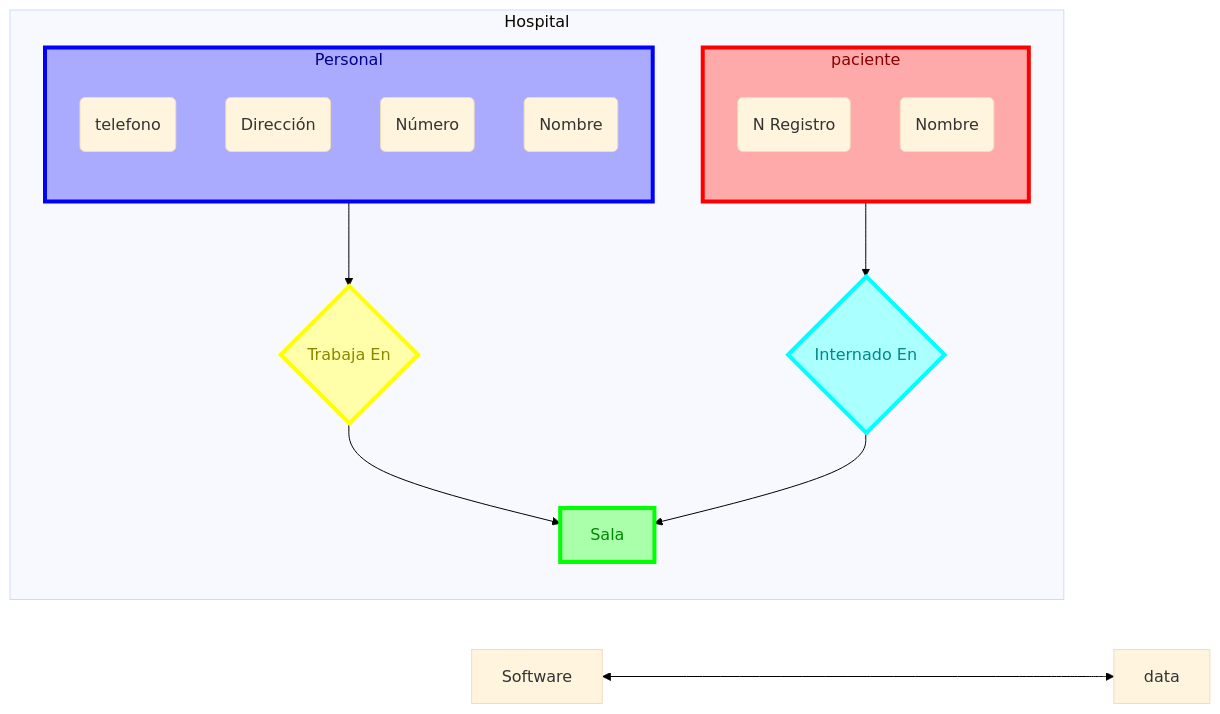
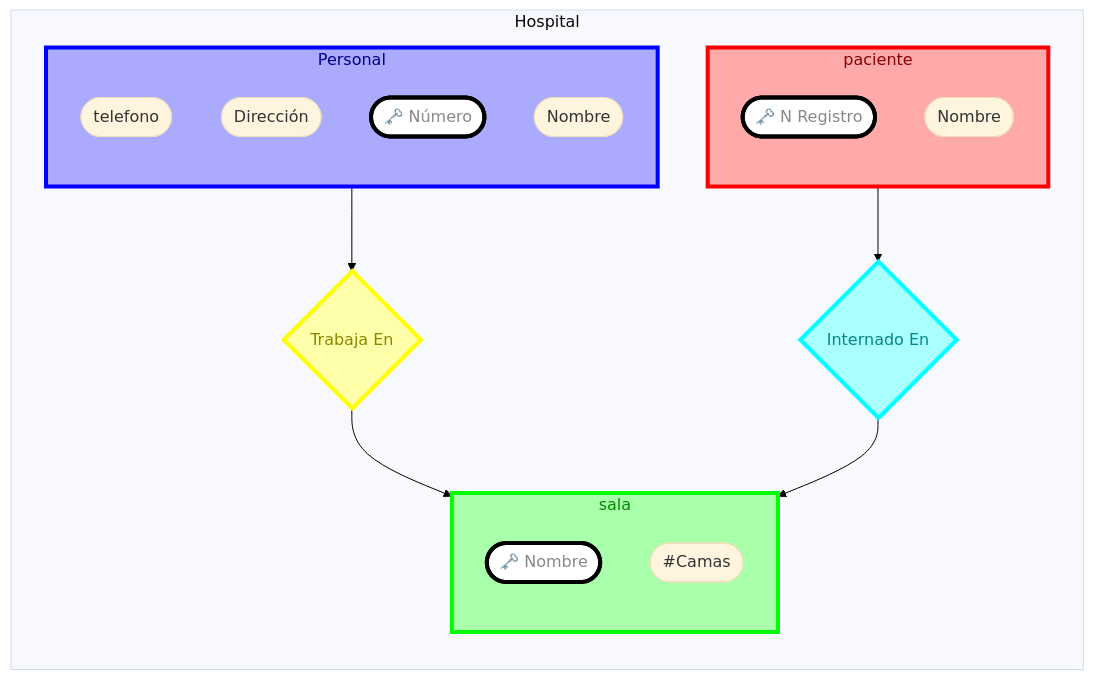
The diagram in Tema1.md (JulTob/BasesDeDatos), drawn with Mermaid before and after one commit. The commit also changed other lines of this file, not shown here.

````diff
--- a/Tema1.md
+++ b/Tema1.md
@@ -24,41 +25,48 @@
 ```mermaid
 ---
 config:
   theme: 'base'
   themeVariables:
     background: '#fff'
 ---
 graph LR
   subgraph Hospital
     direction TB
     subgraph Personal
       direction TB
-      tP(telefono) & dP(Dirección) & nP(Número) & nmP(Nombre)
+      tP([telefono]) & dP([Dirección]) & nP([🗝️ Número]) & nmP([Nombre])
       end
     subgraph paciente
       direction TB
-      nPc(N Registro) & nmPc(Nombre)
+      nPc([🗝️ N Registro]) & nmPc([Nombre])
       end    
-    sala[Sala]
+    subgraph sala
+       direction TB
+       nSl([🗝️ Nombre])
+       cSl([#Camas])
+       end
     trabaja{Trabaja En}
     internado{Internado En}
     end
 
     Personal --> trabaja --> sala
     paciente --> internado --> sala
-    Software <--> data
 
 
 
     paciente:::rojo
     Personal:::azul
     sala:::verde
     trabaja:::amarillo
     internado:::cian
+    nPc:::key
+    nSl:::key
+    nP:::key
 
     classDef rojo color:#800, stroke:#f00, stroke-width:4px, fill:#FAA
     classDef azul color:#008, stroke:#00f, stroke-width:4px, fill:#AAF
     classDef verde color:#080, stroke:#0f0, stroke-width:4px, fill:#AFA
     classDef amarillo color:#880, stroke:#ff0, stroke-width:4px, fill:#FFA
     classDef cian color:#088, stroke:#0ff, stroke-width:4px, fill:#AFF
+    classDef key color:#888, stroke:#000, stroke-width:4px, fill:#FFF
 ```
````
